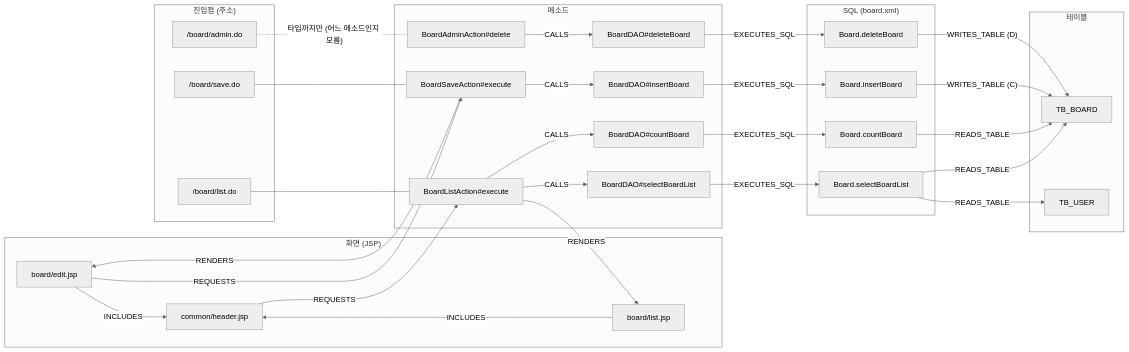
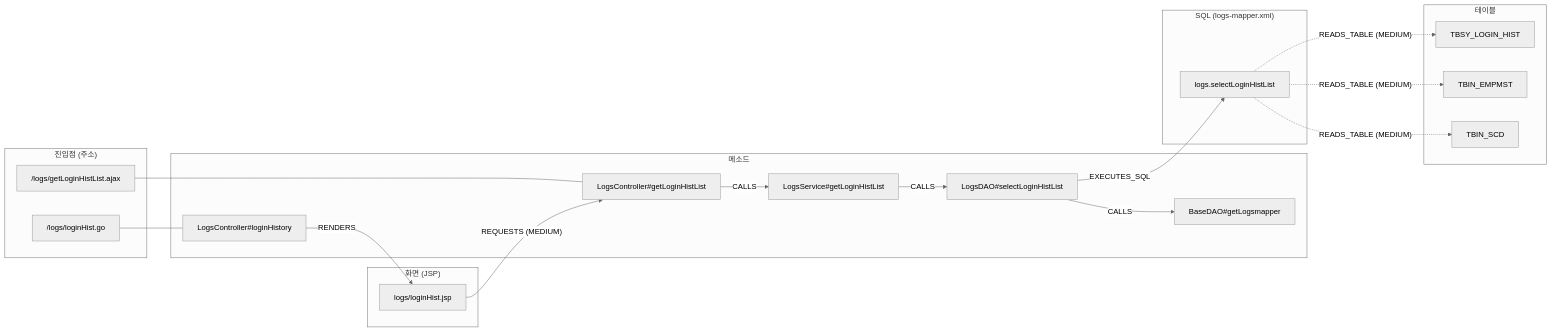
Before and after one commit to YongSoekChoeng/dstone: the fourth of 15 diagrams in docs/11.dstone-knowledge.md, drawn with Mermaid (neutral theme). The commit also changed other lines of this file, not shown here.

````diff
--- a/docs/11.dstone-knowledge.md
+++ b/docs/11.dstone-knowledge.md
@@ -285,55 +299,37 @@
 ```mermaid
 flowchart LR
     subgraph V["화면 (JSP)"]
-        HDR["common/header.jsp"]
-        LST["board/list.jsp"]
-        EDT["board/edit.jsp"]
+        JSP["logs/loginHist.jsp"]
     end
     subgraph E["진입점 (주소)"]
-        E1["/board/list.do"]
-        E2["/board/save.do"]
-        E3["/board/admin.do"]
+        E1["/logs/loginHist.go"]
+        E2["/logs/getLoginHistList.ajax"]
     end
     subgraph M["메소드"]
-        A1["BoardListAction#execute"]
-        A2["BoardSaveAction#execute"]
-        A3["BoardAdminAction#delete"]
-        D1["BoardDAO#selectBoardList"]
-        D2["BoardDAO#countBoard"]
-        D3["BoardDAO#insertBoard"]
-        D4["BoardDAO#deleteBoard"]
+        C1["LogsController#loginHistory"]
+        C2["LogsController#getLoginHistList"]
+        S1["LogsService#getLoginHistList"]
+        D1["LogsDAO#selectLoginHistList"]
+        B1["BaseDAO#getLogsmapper"]
     end
-    subgraph Q["SQL (board.xml)"]
-        S1["Board.selectBoardList"]
-        S2["Board.countBoard"]
-        S3["Board.insertBoard"]
-        S4["Board.deleteBoard"]
+    subgraph Q["SQL (logs-mapper.xml)"]
+        Q1["logs.selectLoginHistList"]
     end
     subgraph T["테이블"]
-        TB["TB_BOARD"]
-        TU["TB_USER"]
+        T1["TBSY_LOGIN_HIST"]
+        T2["TBIN_EMPMST"]
+        T3["TBIN_SCD"]
     end
 
-    LST -->|INCLUDES| HDR
-    EDT -->|INCLUDES| HDR
-    HDR -->|REQUESTS| A1
-    EDT -->|REQUESTS| A2
-    E1 --- A1
-    E2 --- A2
-    E3 -.-|"타입까지만 (어느 메소드인지 모름)"| A3
-    A1 -->|RENDERS| LST
-    A2 -->|RENDERS| EDT
-    A1 -->|CALLS| D1
-    A1 -->|CALLS| D2
-    A2 -->|CALLS| D3
-    A3 -->|CALLS| D4
-    D1 -->|EXECUTES_SQL| S1
-    D2 -->|EXECUTES_SQL| S2
-    D3 -->|EXECUTES_SQL| S3
-    D4 -->|EXECUTES_SQL| S4
-    S1 -->|READS_TABLE| TB
-    S1 -->|READS_TABLE| TU
-    S2 -->|READS_TABLE| TB
-    S3 -->|"WRITES_TABLE (C)"| TB
-    S4 -->|"WRITES_TABLE (D)"| TB
+    E1 --- C1
+    E2 --- C2
+    C1 -->|RENDERS| JSP
+    JSP -->|"REQUESTS (MEDIUM)"| C2
+    C2 -->|CALLS| S1
+    S1 -->|CALLS| D1
+    D1 -->|CALLS| B1
+    D1 -->|EXECUTES_SQL| Q1
+    Q1 -.->|"READS_TABLE (MEDIUM)"| T1
+    Q1 -.->|"READS_TABLE (MEDIUM)"| T2
+    Q1 -.->|"READS_TABLE (MEDIUM)"| T3
 ```
````
